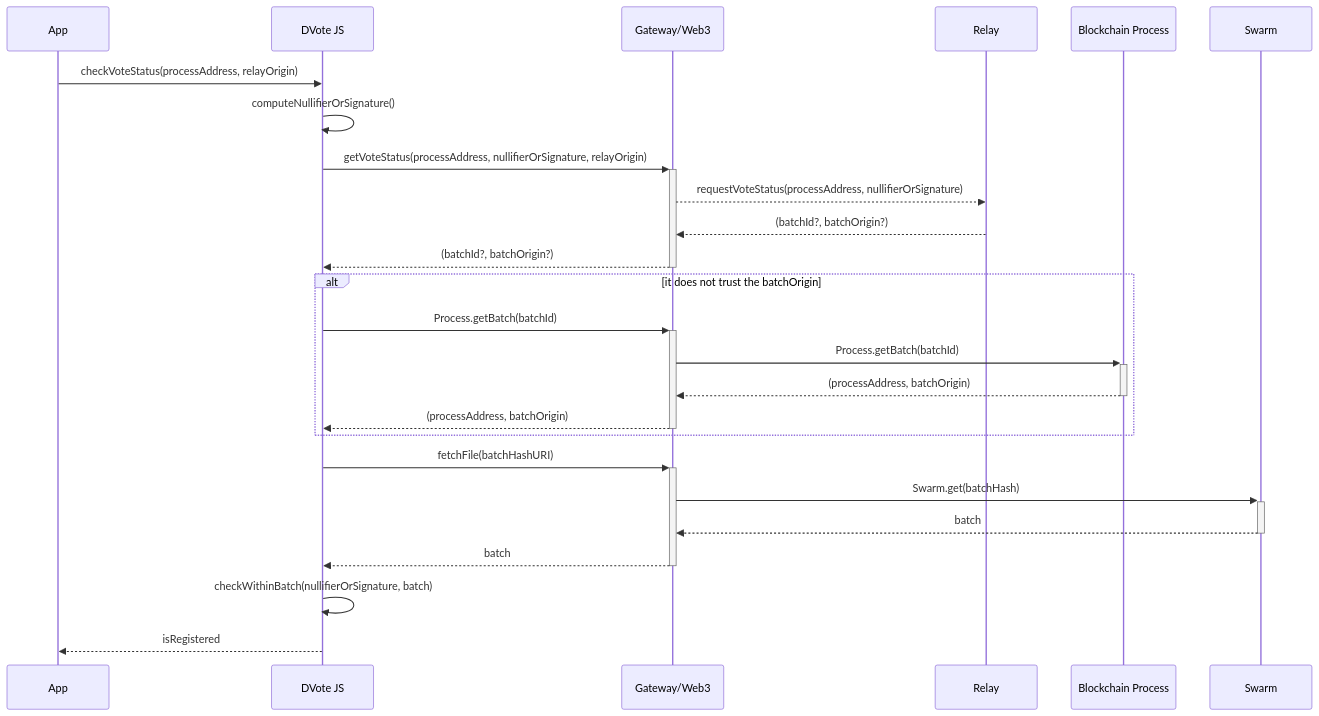
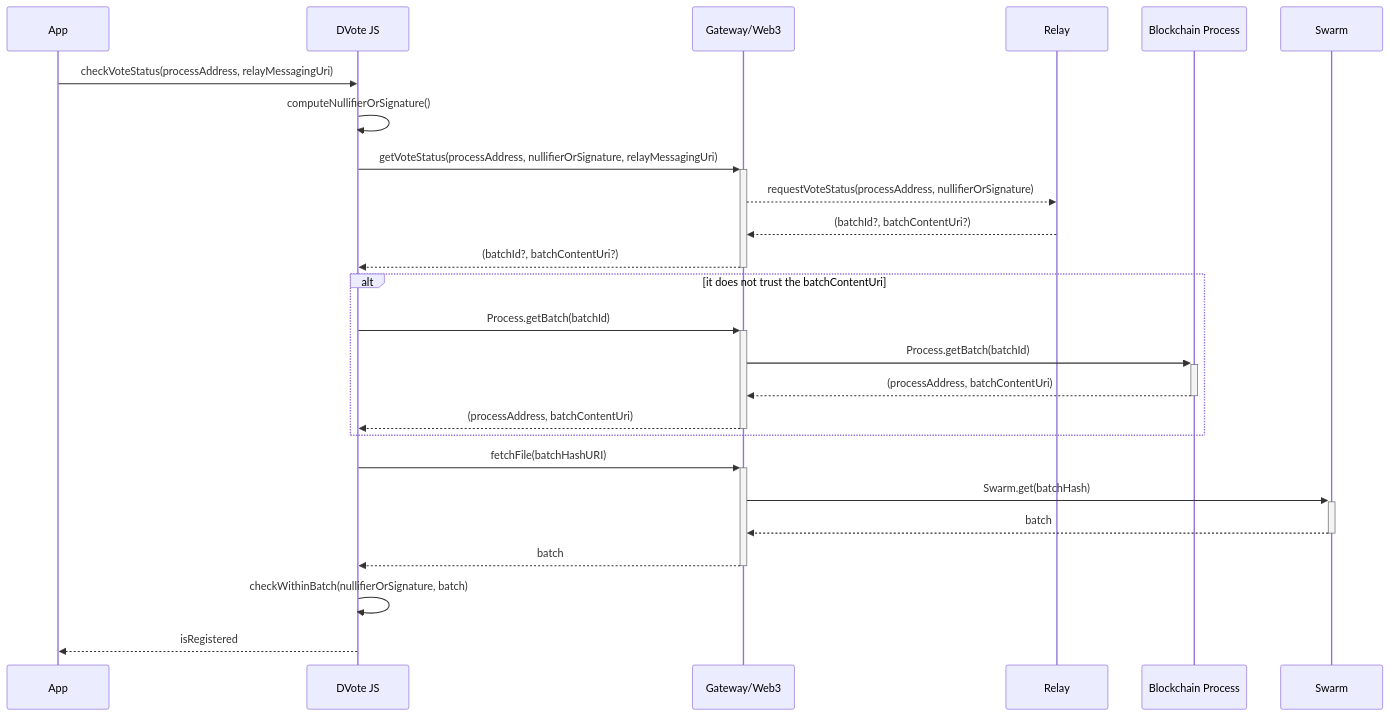
One commit to vocdoni/docs changed diagram 11 of 13 in docs/protocol/sequence-diagrams.md. Above: the diagram before and after it, drawn with Mermaid. The commit also changed other lines of this file and 2 other files, not shown here.

````diff
--- a/docs/protocol/sequence-diagrams.md
+++ b/docs/protocol/sequence-diagrams.md
@@ -488,38 +488,38 @@
 ```mermaid
 sequenceDiagram
     participant App
     participant DV as DVote JS
     participant GW as Gateway/Web3
     participant RL as Relay
     participant BC as Blockchain Process
     participant SW as Swarm
 
-    App->>DV: checkVoteStatus(processAddress, relayOrigin)
+    App->>DV: checkVoteStatus(processAddress, relayMessagingUri)
 
         DV->>DV: computeNullifierOrSignature()
 
-        DV->>+GW: getVoteStatus(processAddress, nullifierOrSignature, relayOrigin)
+        DV->>+GW: getVoteStatus(processAddress, nullifierOrSignature, relayMessagingUri)
 
             GW-->>RL: requestVoteStatus(processAddress, nullifierOrSignature)
-            RL-->>GW: (batchId?, batchOrigin?)
+            RL-->>GW: (batchId?, batchContentUri?)
 
-        GW-->>-DV: (batchId?, batchOrigin?)
+        GW-->>-DV: (batchId?, batchContentUri?)
 
-        alt it does not trust the batchOrigin
+        alt it does not trust the batchContentUri
 
             DV->>+GW: Process.getBatch(batchId)
             GW->>+BC: Process.getBatch(batchId)
-            BC-->>-GW: (processAddress, batchOrigin)
-            GW-->>-DV: (processAddress, batchOrigin)
+            BC-->>-GW: (processAddress, batchContentUri)
+            GW-->>-DV: (processAddress, batchContentUri)
 
         end
 
         DV->>+GW: fetchFile(batchHashURI)
         GW->>+SW: Swarm.get(batchHash)
         SW-->>-GW: batch
         GW-->>-DV: batch
 
         DV->>DV: checkWithinBatch(nullifierOrSignature, batch)
 
     DV-->>App: isRegistered
 ```
````
